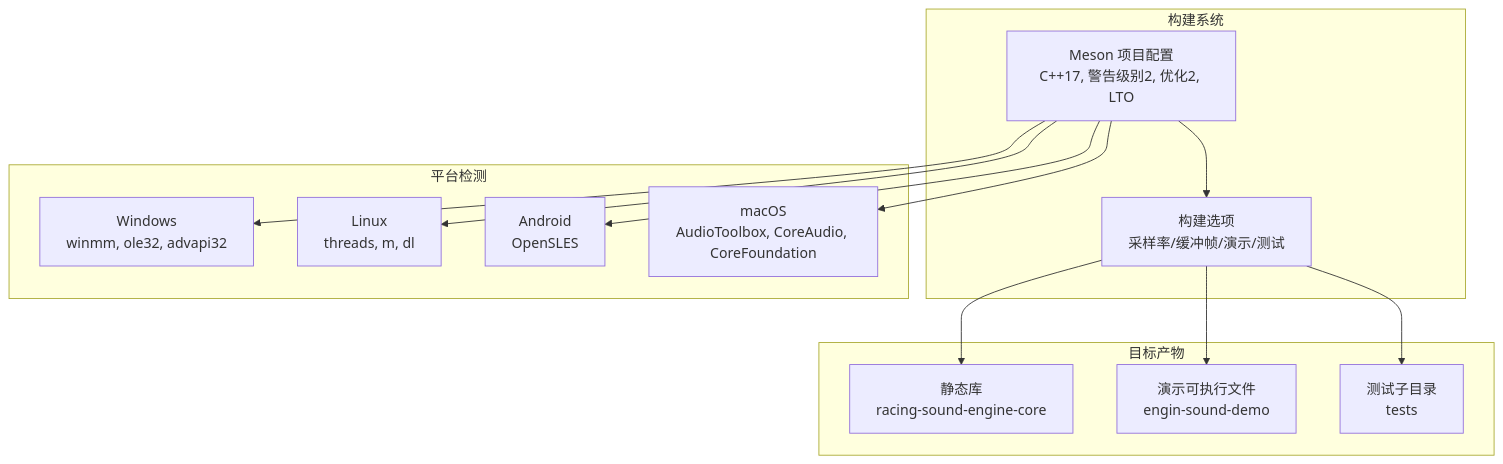
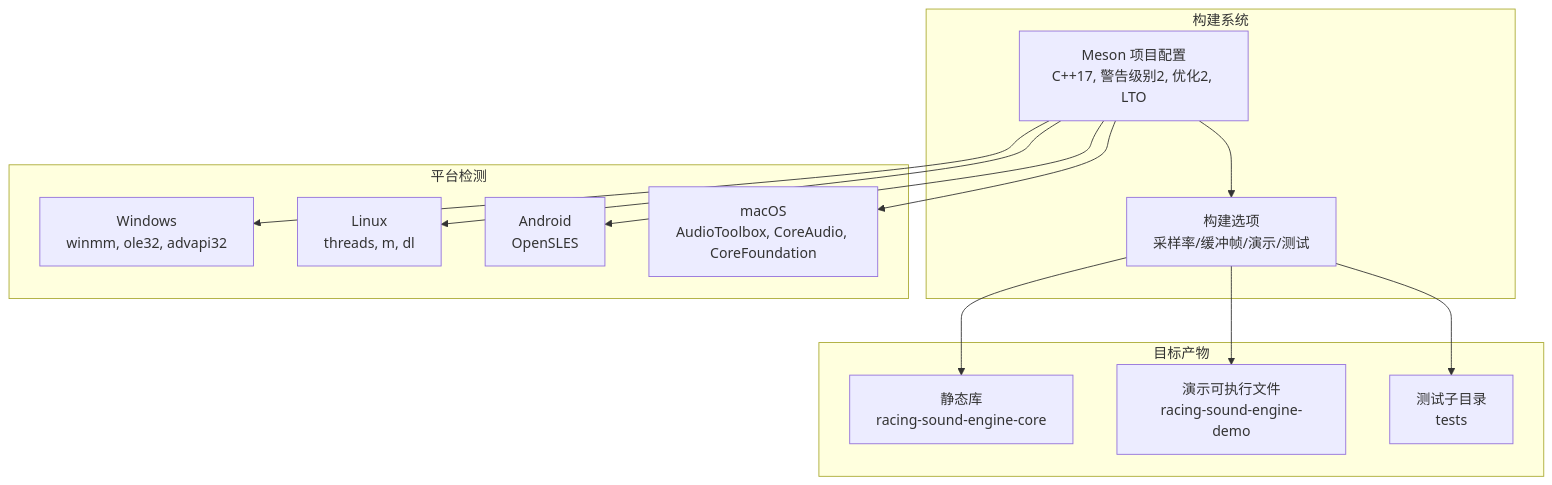
The second of 4 diagrams in .qoder/repowiki/zh/content/构建和部署配置.md (bangbangde/racing-sound-engine), drawn with Mermaid before and after one commit. The commit also changed other lines of this file and 1 other file, not shown here.

Commit message:
refactor(build): 重命名演示可执行文件为 racing-sound-engine-demo
- 在 Meson 构建脚本中更新演示文件名
- 更新文档中演示可执行文件的名称以保持一致
- 修正相关依赖和链接配置中的演示文件名
- 确保演示构建选项正确指向新的文件名

````diff
--- a/.qoder/repowiki/zh/content/构建和部署配置.md
+++ b/.qoder/repowiki/zh/content/构建和部署配置.md
@@ -67,26 +67,26 @@
 ```mermaid
 graph TB
 subgraph "构建系统"
 M["Meson 项目配置<br/>C++17, 警告级别2, 优化2, LTO"]
 O["构建选项<br/>采样率/缓冲帧/演示/测试"]
 end
 subgraph "平台检测"
 W["Windows<br/>winmm, ole32, advapi32"]
 L["Linux<br/>threads, m, dl"]
 A["Android<br/>OpenSLES"]
 D["macOS<br/>AudioToolbox, CoreAudio, CoreFoundation"]
 end
 subgraph "目标产物"
 SL["静态库<br/>racing-sound-engine-core"]
-EX["演示可执行文件<br/>engin-sound-demo"]
+EX["演示可执行文件<br/>racing-sound-engine-demo"]
 TS["测试子目录<br/>tests"]
 end
 M --> O
 O --> SL
 O --> EX
 O --> TS
 M --> W
 M --> L
 M --> A
 M --> D
 ```
````
